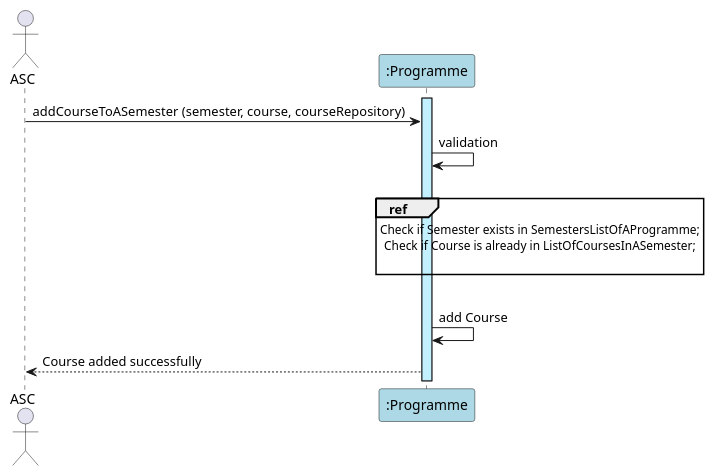
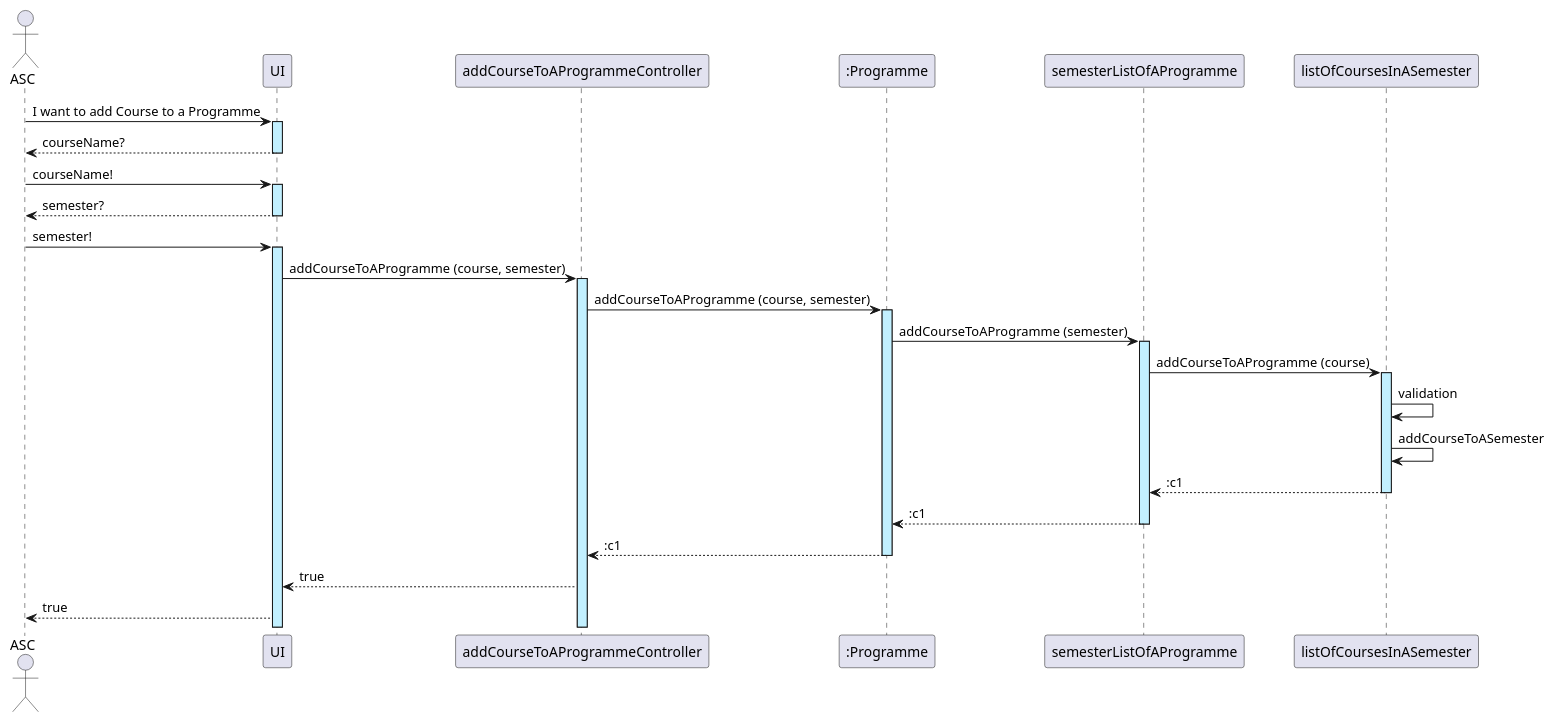
The diagram in docs/sequenceSystemDiagrams/Sprint_1/US03_AddCourseToAProgramme.puml (GasparISEP/DevOps-PAI), drawn with PlantUML before and after one commit.

Commit message:
US03 : addCourseToAProgramme - SSD

```diff
--- a/docs/sequenceSystemDiagrams/Sprint_1/US03_AddCourseToAProgramme.puml
+++ b/docs/sequenceSystemDiagrams/Sprint_1/US03_AddCourseToAProgramme.puml
@@ -1,18 +1,31 @@
 @startuml
 actor ASC
 
-participant ":Programme" as Programme #lightblue
+ASC -> UI ++ #application : I want to add Course to a Programme
+UI --> ASC -- : courseName?
+ASC -> UI ++ #application : courseName!
+UI --> ASC -- : semester?
+ASC -> UI ++ #application : semester!
 
-activate Programme #application
-ASC -> Programme : addCourseToASemester (semester, course, courseRepository)
-Programme -> Programme : validation
-|||
-ref over Programme
-    Check if Semester exists in SemestersListOfAProgramme;
-    Check if Course is already in ListOfCoursesInASemester;
+UI -> addCourseToAProgrammeController ++ #application : addCourseToAProgramme (course, semester)
 
-end ref
-|||
-Programme -> Programme : add Course
-Programme --> ASC: Course added successfully
+addCourseToAProgrammeController -> ":Programme" ++ #application : addCourseToAProgramme (course, semester)
+
+":Programme" -> semesterListOfAProgramme ++ #application : addCourseToAProgramme (semester)
+
+semesterListOfAProgramme -> listOfCoursesInASemester ++ #application : addCourseToAProgramme (course)
+
+listOfCoursesInASemester -> listOfCoursesInASemester : validation
+listOfCoursesInASemester -> listOfCoursesInASemester : addCourseToASemester
+
+listOfCoursesInASemester --> semesterListOfAProgramme --: :c1
+
+semesterListOfAProgramme --> ":Programme" --: :c1
+
+":Programme" --> addCourseToAProgrammeController --: :c1
+
+addCourseToAProgrammeController --> UI : true
+
+UI --> ASC : true
+
 @enduml
```
